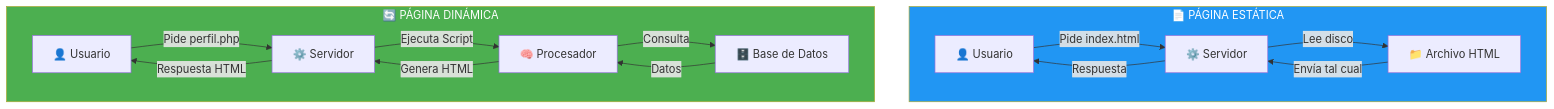
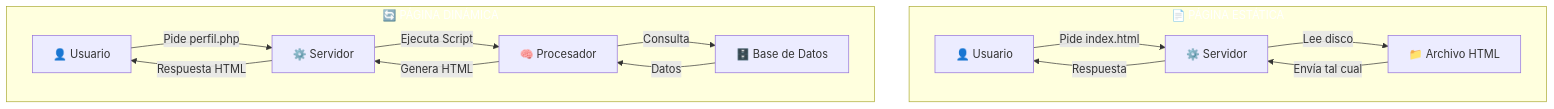
One commit to joseluisgs/DesarrolloWebEntornosServidor-01-2026-2027 changed the first of 3 diagrams in 06-web-dinamica.md. Above: the diagram before and after it, drawn with Mermaid. The commit also changed other lines of this file and 66 other files, not shown here.

First line of the commit message:
fix: normalizar titulos al castellano de frase y corregir la paleta de mermaid

````diff
--- a/06-web-dinamica.md
+++ b/06-web-dinamica.md
@@ -37,21 +37,21 @@
 ```mermaid
 graph TD
     subgraph ESTÁTICA["📄 PÁGINA ESTÁTICA"]
         U1["👤 Usuario"] -->|"Pide index.html"| S1["⚙️ Servidor"]
         S1 -->|"Lee disco"| D1["📁 Archivo HTML"]
         D1 -->|"Envía tal cual"| S1
         S1 -->|"Respuesta"| U1
     end
 
     subgraph DINÁMICA["🔄 PÁGINA DINÁMICA"]
         U2["👤 Usuario"] -->|"Pide perfil.php"| S2["⚙️ Servidor"]
         S2 -->|"Ejecuta Script"| P["🧠 Procesador"]
         P -->|"Consulta"| DB["🗄️ Base de Datos"]
         DB -->|"Datos"| P
         P -->|"Genera HTML"| S2
         S2 -->|"Respuesta HTML"| U2
     end
 
-    style ESTÁTICA fill:#2196F3,color:#fff
-    style DINÁMICA fill:#4CAF50,color:#fff
+    style ESTÁTICA fill:#2196F,color:#fff3,color:#fff
+    style DINÁMICA fill:#4CAF5,color:#fff0,color:#fff
 ```
````
